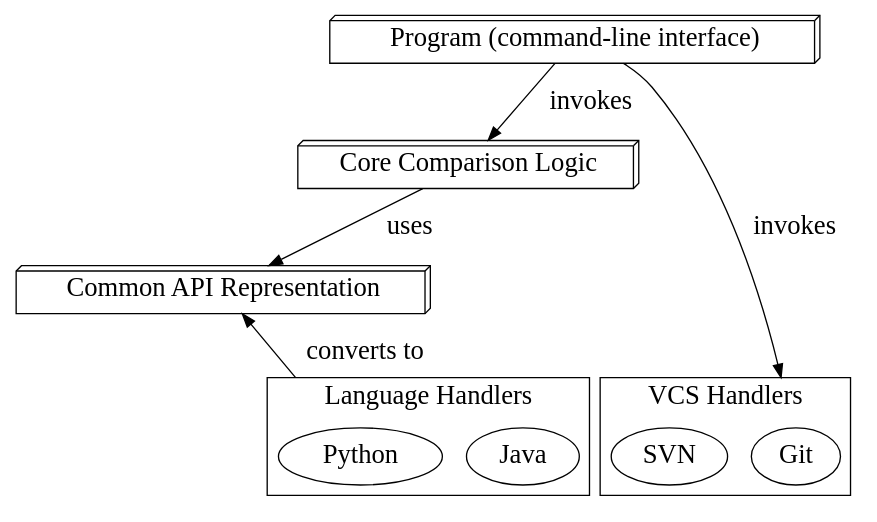
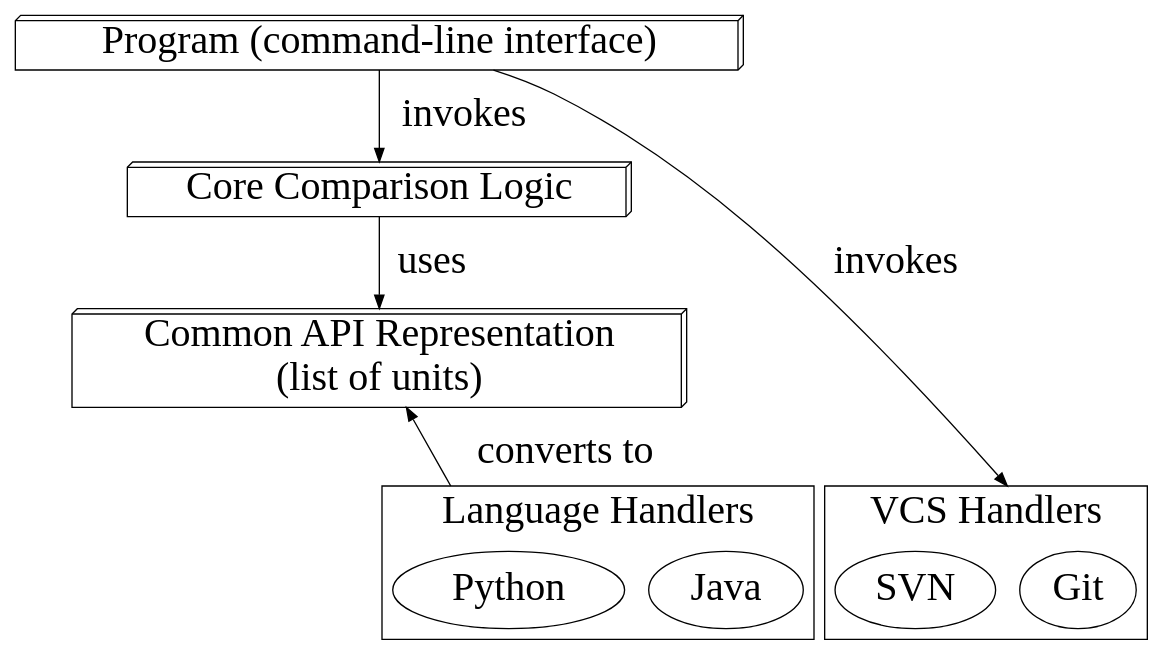
Before and after one commit to cshtarkov/autobump-dissertation: the diagram in images/dot/architecture.dot, drawn with Graphviz.

Commit message:
Better architecture diagram

```diff
--- a/images/dot/architecture.dot
+++ b/images/dot/architecture.dot
@@ -1,33 +1,33 @@
 digraph architecture {
     newrank=true;
     compound=true;
-    graph [fontsize=20];
-    node [shape=box3d,fontsize=20];
-    edge [fontsize=20];
+    graph [fontsize=30];
+    node [shape=box3d,fontsize=30];
+    edge [fontsize=30];
 
-    core [label="Core Comparison Logic"];
-    common [label="Common API Representation"];
-    program [label="Program (command-line interface)"];
+    core [label="Core Comparison Logic",group=gm];
+    common [label="Common API Representation\n(list of units)",group=gm];
+    program [label="Program (command-line interface)",group=gm];
 
     subgraph cluster_languages {
         label="Language Handlers"
         java [label="Java",shape=ellipse];
         python_h [label="Python",shape=ellipse];
     }
 
     subgraph cluster_vcs {
         label="VCS Handlers"
         git_h [label="Git",shape=ellipse];
         svn [label="SVN",shape=ellipse];
     }
 
     program -> core [label=" invokes"]
     program -> git_h [label=" invokes",lhead=cluster_vcs]
     core -> common [label=" uses"]
     core -> python_h [style=invis,minlen=2]
     python_h -> common [label=" converts to",ltail=cluster_languages,constraint=false]
 
     {rank=min; program}
     {rank=same; git_h svn java python_h}
 
 }
```
